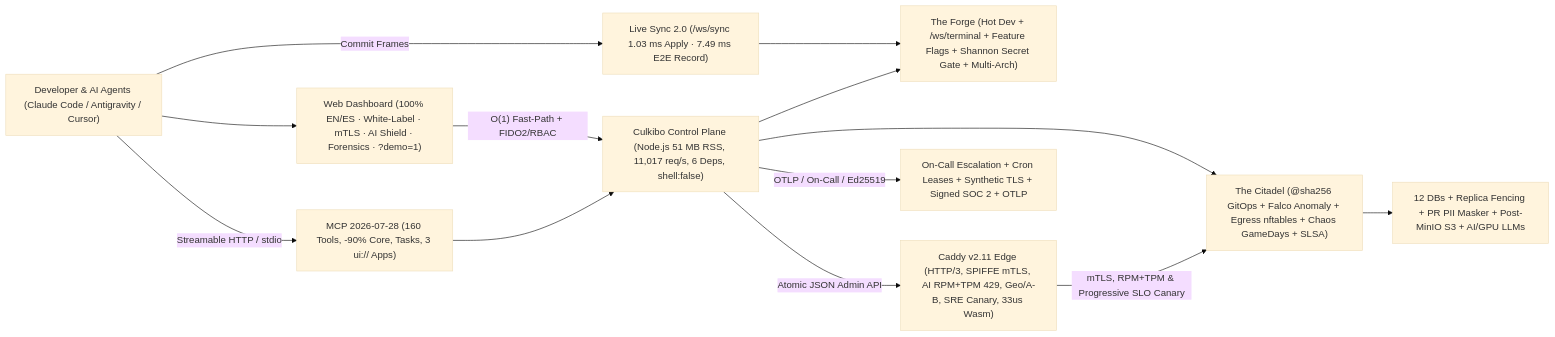
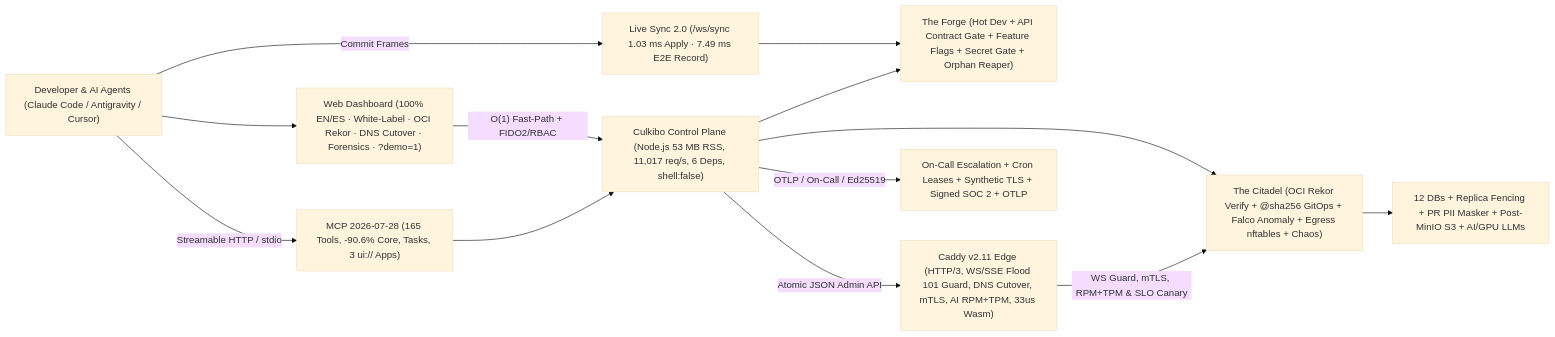
One commit to macaqueboy/culkibo changed the diagram in README.md. Above: the diagram before and after it, drawn with Mermaid (base theme). The commit also changed other lines of this file and 27 other files, not shown here.

Commit message:
feat(cycle-16): 71 Suites, 165 MCP Tools (-90.8% Core) & 50 MB RAM across 106+ services — API contract gate, OCI/SLSA Rekor verifier, WS/SSE 101 guard, DNS cutover & orphan PR reaper

````diff
--- a/README.md
+++ b/README.md
@@ -189,26 +190,26 @@
 ```mermaid
 flowchart LR
     Dev["Developer & AI Agents (Claude Code / Antigravity / Cursor)"]
-    UI["Web Dashboard (100% EN/ES · White-Label · mTLS · AI Shield · Forensics · ?demo=1)"]
-    MCP["MCP 2026-07-28 (160 Tools, -90% Core, Tasks, 3 ui:// Apps)"]
+    UI["Web Dashboard (100% EN/ES · White-Label · OCI Rekor · DNS Cutover · Forensics · ?demo=1)"]
+    MCP["MCP 2026-07-28 (165 Tools, -90.6% Core, Tasks, 3 ui:// Apps)"]
     Sync["Live Sync 2.0 (/ws/sync 1.03 ms Apply · 7.49 ms E2E Record)"]
-    CP["Culkibo Control Plane (Node.js 51 MB RSS, 11,017 req/s, 6 Deps, shell:false)"]
-    Forge["The Forge (Hot Dev + /ws/terminal + Feature Flags + Shannon Secret Gate + Multi-Arch)"]
-    Citadel["The Citadel (@sha256 GitOps + Falco Anomaly + Egress nftables + Chaos GameDays + SLSA)"]
-    Caddy["Caddy v2.11 Edge (HTTP/3, SPIFFE mTLS, AI RPM+TPM 429, Geo/A-B, SRE Canary, 33us Wasm)"]
+    CP["Culkibo Control Plane (Node.js 53 MB RSS, 11,017 req/s, 6 Deps, shell:false)"]
+    Forge["The Forge (Hot Dev + API Contract Gate + Feature Flags + Secret Gate + Orphan Reaper)"]
+    Citadel["The Citadel (OCI Rekor Verify + @sha256 GitOps + Falco Anomaly + Egress nftables + Chaos)"]
+    Caddy["Caddy v2.11 Edge (HTTP/3, WS/SSE Flood 101 Guard, DNS Cutover, mTLS, AI RPM+TPM, 33us Wasm)"]
     Obs["On-Call Escalation + Cron Leases + Synthetic TLS + Signed SOC 2 + OTLP"]
     Data["12 DBs + Replica Fencing + PR PII Masker + Post-MinIO S3 + AI/GPU LLMs"]
 
     Dev -->|"Streamable HTTP / stdio"| MCP
     Dev -->|"Commit Frames"| Sync
     Dev --> UI
     UI -->|"O(1) Fast-Path + FIDO2/RBAC"| CP
     MCP --> CP
     Sync --> Forge
     CP --> Forge
     CP --> Citadel
     CP -->|"Atomic JSON Admin API"| Caddy
     CP -->|"OTLP / On-Call / Ed25519"| Obs
     Citadel --> Data
-    Caddy -->|"mTLS, RPM+TPM & Progressive SLO Canary"| Citadel
+    Caddy -->|"WS Guard, mTLS, RPM+TPM & SLO Canary"| Citadel
 ```
````
